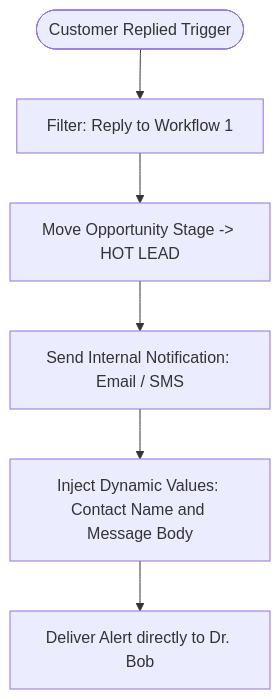
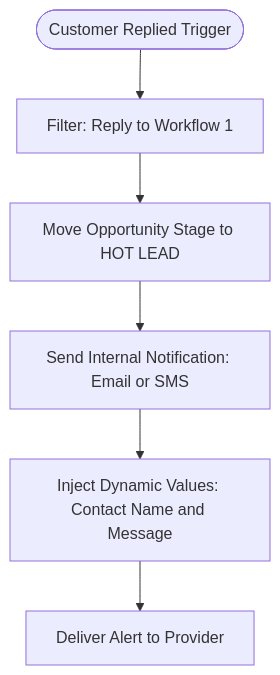
One commit to DerrickMits/ledger_article_site changed the third of 5 diagrams in content/articles/high-performance-gohighlevel-workflows.md. Above: the diagram before and after it, drawn with Mermaid. The commit also changed other lines of this file, not shown here.

First line of the commit message:
Shorten mermaid diagram node labels to fit inside shapes

````diff
--- a/content/articles/high-performance-gohighlevel-workflows.md
+++ b/content/articles/high-performance-gohighlevel-workflows.md
@@ -74,8 +74,8 @@
 ```mermaid
 flowchart TD
     Trigger([Customer Replied Trigger]) --> Filter[Filter: Reply to Workflow 1]
-    Filter --> Move[Move Opportunity Stage -> HOT LEAD]
-    Move --> Notify[Send Internal Notification: Email / SMS]
-    Notify --> Data[Inject Dynamic Values: Contact Name and Message Body]
-    Data --> Alert[Deliver Alert directly to Dr. Bob]
+    Filter --> Move[Move Opportunity Stage to HOT LEAD]
+    Move --> Notify[Send Internal Notification: Email or SMS]
+    Notify --> Data[Inject Dynamic Values: Contact Name and Message]
+    Data --> Alert[Deliver Alert to Provider]
 ```
````
